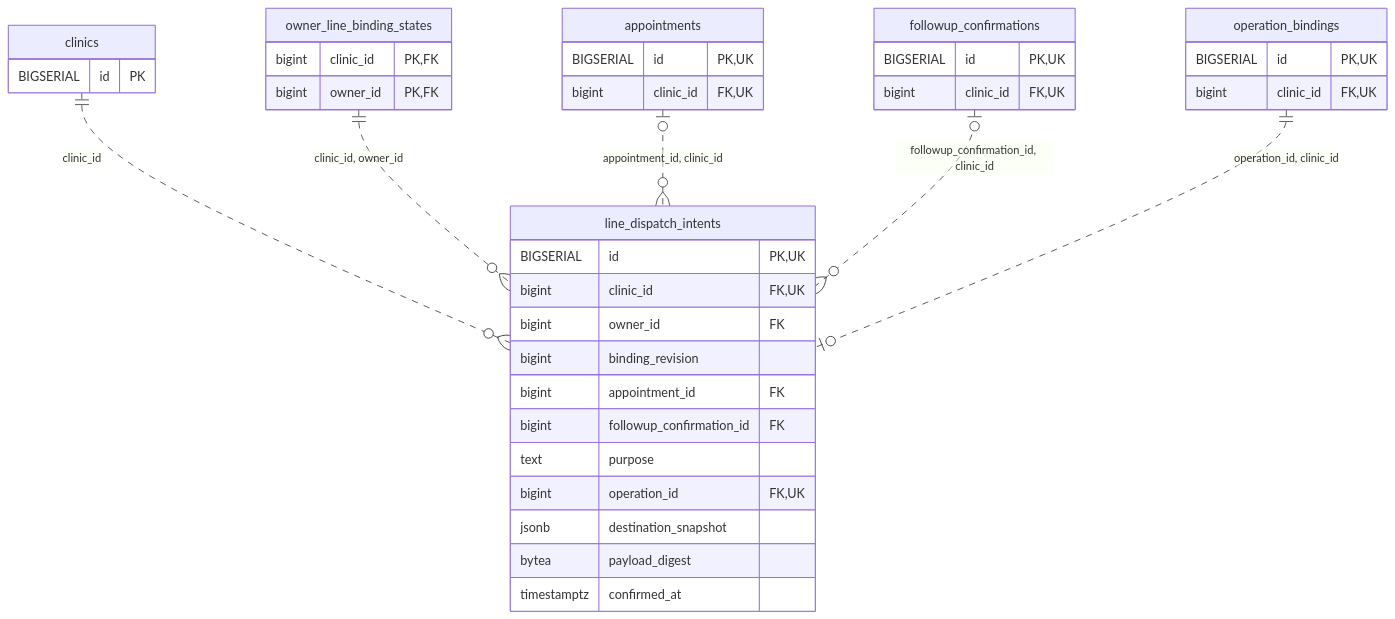
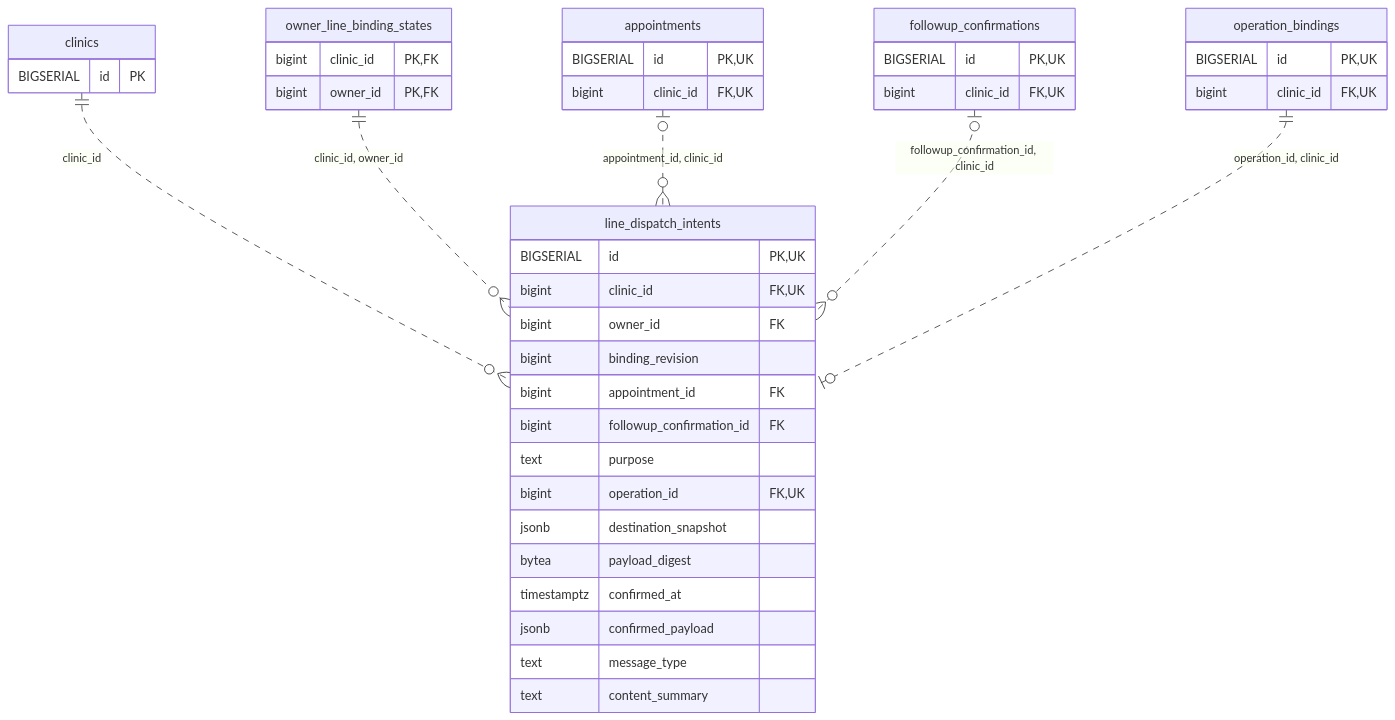
The diagram in docs/architecture/erd-detail/line_dispatch_intents.md (MinoruSoga/AnimalEkarte), drawn with Mermaid before and after one commit. The commit also changed other lines of this file and 147 other files, not shown here.

````diff
--- a/docs/architecture/erd-detail/line_dispatch_intents.md
+++ b/docs/architecture/erd-detail/line_dispatch_intents.md
@@ -34,40 +37,43 @@
 ```mermaid
 erDiagram
     line_dispatch_intents {
         BIGSERIAL id PK,UK
         bigint clinic_id FK,UK
         bigint owner_id FK
         bigint binding_revision
         bigint appointment_id FK
         bigint followup_confirmation_id FK
         text purpose
         bigint operation_id FK,UK
         jsonb destination_snapshot
         bytea payload_digest
         timestamptz confirmed_at
+        jsonb confirmed_payload
+        text message_type
+        text content_summary
     }
     appointments {
         BIGSERIAL id PK,UK
         bigint clinic_id FK,UK
     }
     clinics {
         BIGSERIAL id PK
     }
     followup_confirmations {
         BIGSERIAL id PK,UK
         bigint clinic_id FK,UK
     }
     operation_bindings {
         BIGSERIAL id PK,UK
         bigint clinic_id FK,UK
     }
     owner_line_binding_states {
         bigint clinic_id PK,FK
         bigint owner_id PK,FK
     }
     clinics ||..o{ line_dispatch_intents : "clinic_id"
     owner_line_binding_states ||..o{ line_dispatch_intents : "clinic_id, owner_id"
     appointments o|..o{ line_dispatch_intents : "appointment_id, clinic_id"
     followup_confirmations o|..o{ line_dispatch_intents : "followup_confirmation_id, clinic_id"
     operation_bindings ||..o| line_dispatch_intents : "operation_id, clinic_id"
 ```
````
